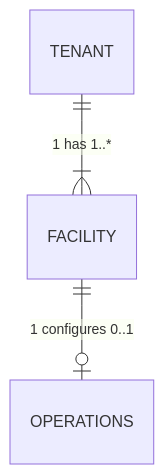
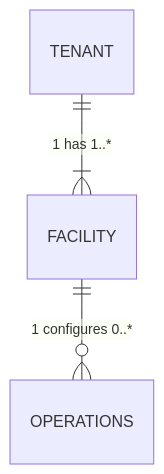
The sixth of 9 diagrams in docs/docs/proposals/tenant-multi-facility-proposal.mdx (lantanagroup/link-cloud), drawn with Mermaid before and after one commit. The commit also changed other lines of this file, not shown here.

Commit message:
Misc updates to graphs and spell checking

````diff
--- a/docs/docs/proposals/tenant-multi-facility-proposal.mdx
+++ b/docs/docs/proposals/tenant-multi-facility-proposal.mdx
@@ -344,7 +342,7 @@
 ```mermaid
 
 erDiagram
 	TENANT||--|{FACILITY:"1 has 1..*"
-	FACILITY||--o|OPERATIONS:"1 configures 0..1"
+	FACILITY||--o{OPERATIONS:"1 configures 0..*"
 
 ```
````
